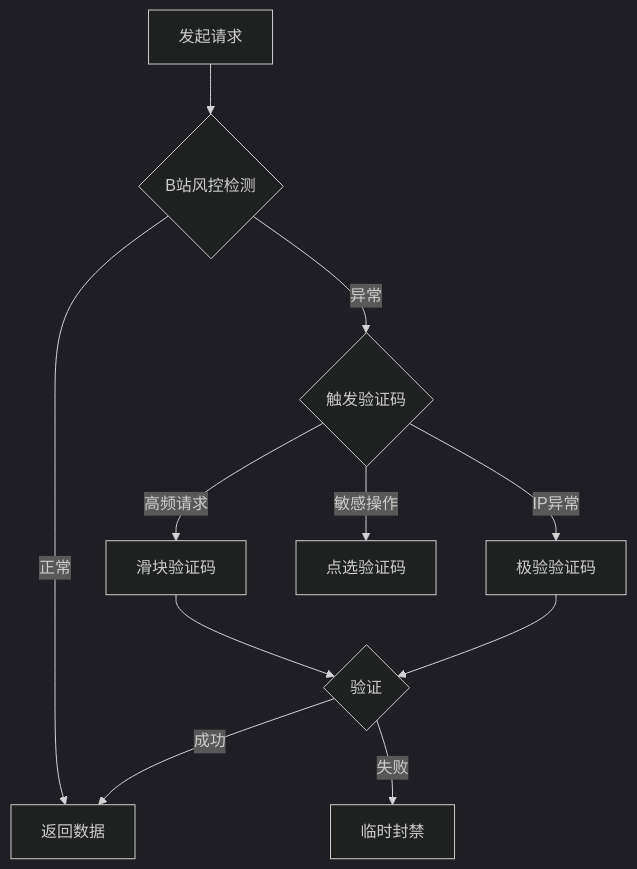
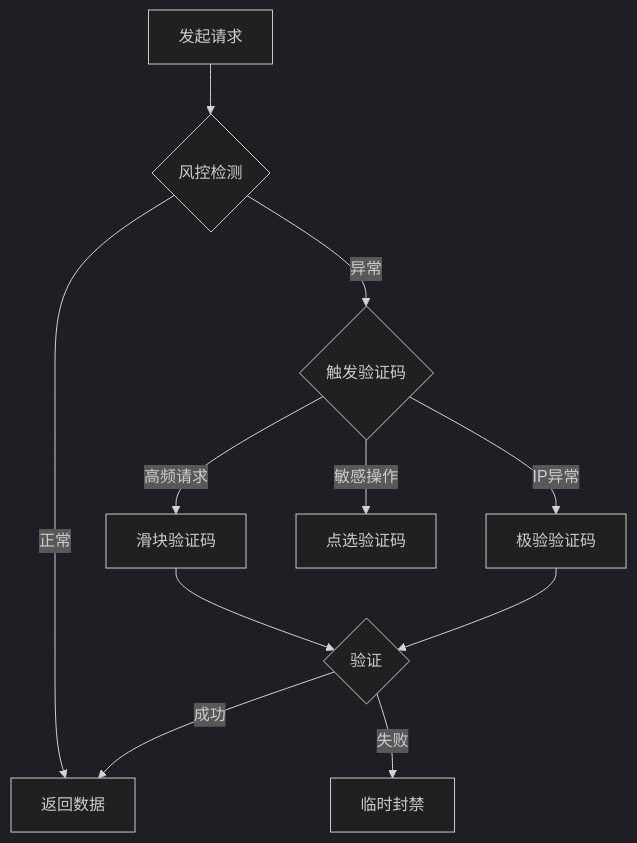
One commit to NanmiCoder/CrawlerTutorial changed the second of 3 diagrams in docs/爬虫进价/08_验证码识别与处理.md. Above: the diagram before and after it, drawn with Mermaid (dark theme). The commit also changed other lines of this file and 15 other files, not shown here.

````diff
--- a/docs/爬虫进价/08_验证码识别与处理.md
+++ b/docs/爬虫进价/08_验证码识别与处理.md
@@ -876,17 +876,17 @@
 ```mermaid
 flowchart TD
-    request[发起请求] --> check{B站风控检测}
+    request[发起请求] --> check{风控检测}
     check -->|正常| success[返回数据]
     check -->|异常| trigger{触发验证码}
 
     trigger -->|高频请求| slider[滑块验证码]
     trigger -->|IP异常| geetest[极验验证码]
     trigger -->|敏感操作| click[点选验证码]
 
     slider --> verify{验证}
     geetest --> verify
     click --> verify
 
     verify -->|成功| success
     verify -->|失败| block[临时封禁]
 ```
````
